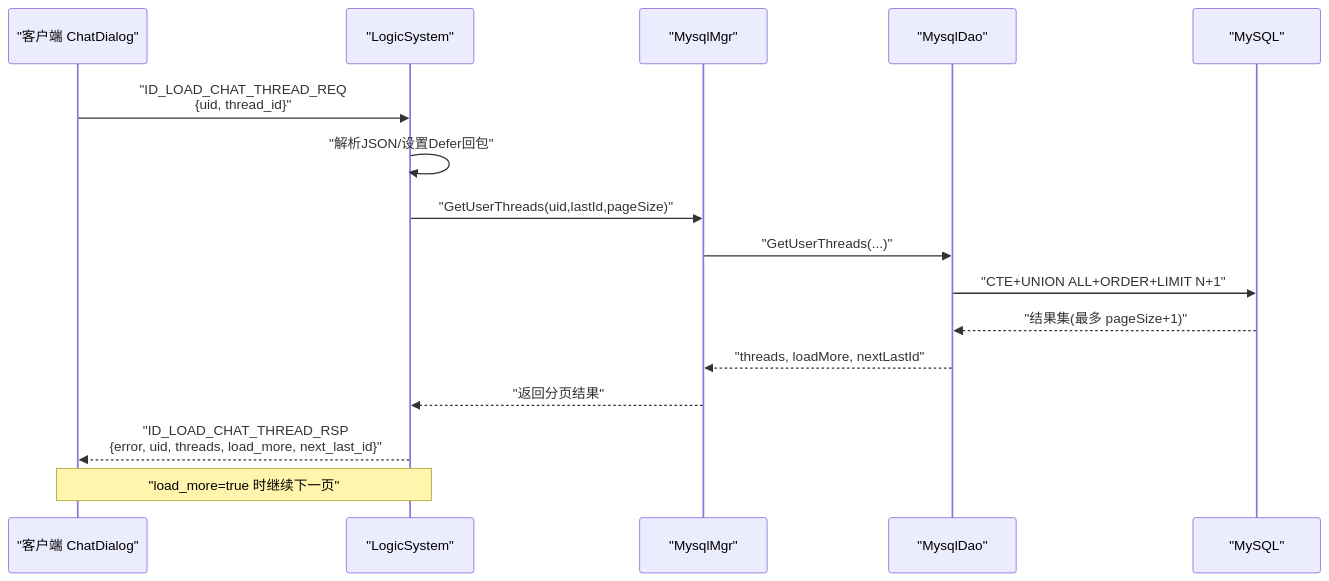
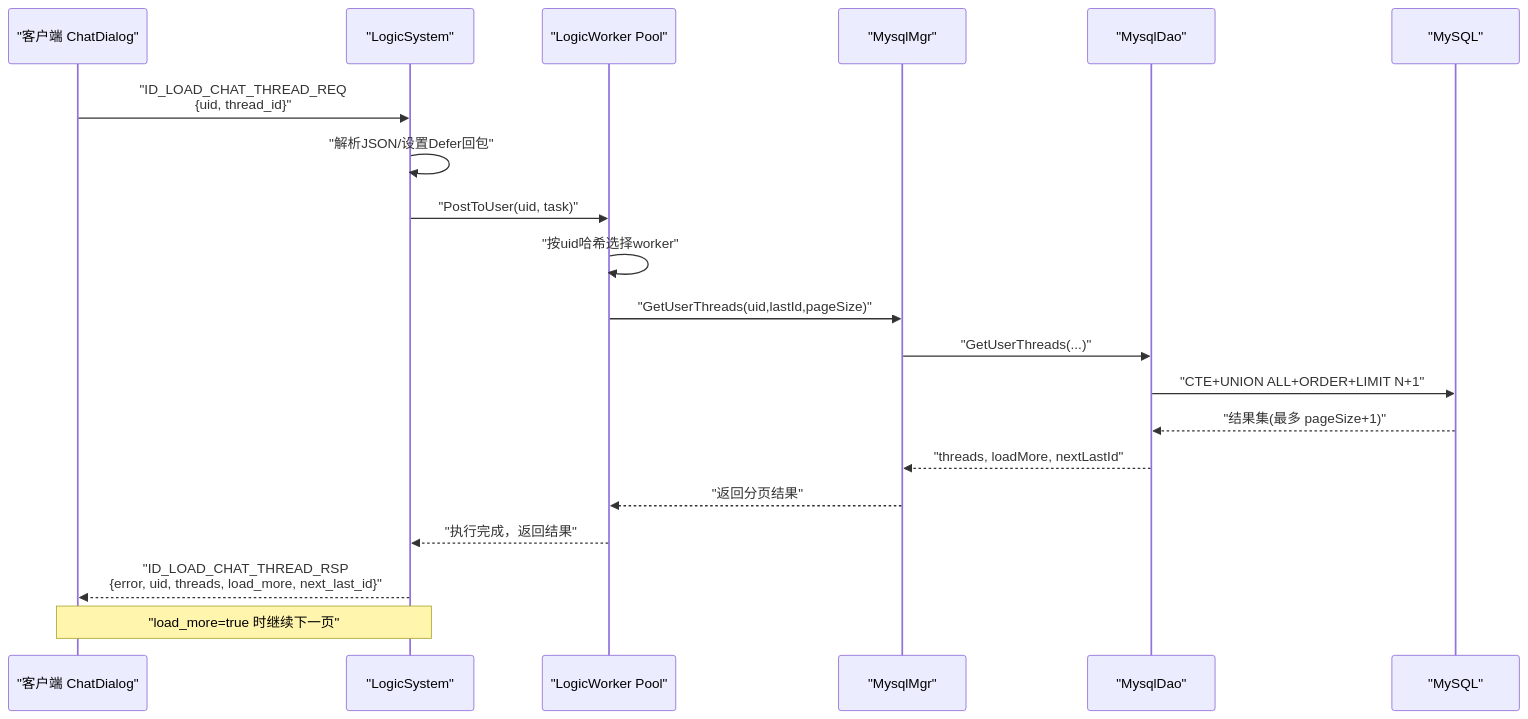
Before and after one commit to echo9923/mychatter: the second of 9 diagrams in .qoder/repowiki/zh/content/服务端开发/ChatServer聊天核心服务/业务逻辑系统/线程管理.md, drawn with Mermaid. The commit also changed other lines of this file and 54 other files, not shown here.

````diff
--- a/.qoder/repowiki/zh/content/服务端开发/ChatServer聊天核心服务/业务逻辑系统/线程管理.md
+++ b/.qoder/repowiki/zh/content/服务端开发/ChatServer聊天核心服务/业务逻辑系统/线程管理.md
@@ -104,18 +132,22 @@
 ```mermaid
 sequenceDiagram
 participant Client as "客户端 ChatDialog"
 participant Server as "LogicSystem"
+participant Worker as "LogicWorker Pool"
 participant Mgr as "MysqlMgr"
 participant Dao as "MysqlDao"
 participant DB as "MySQL"
 Client->>Server : "ID_LOAD_CHAT_THREAD_REQ<br/>{uid, thread_id}"
 Server->>Server : "解析JSON/设置Defer回包"
-Server->>Mgr : "GetUserThreads(uid,lastId,pageSize)"
+Server->>Worker : "PostToUser(uid, task)"
+Worker->>Worker : "按uid哈希选择worker"
+Worker->>Mgr : "GetUserThreads(uid,lastId,pageSize)"
 Mgr->>Dao : "GetUserThreads(...)"
 Dao->>DB : "CTE+UNION ALL+ORDER+LIMIT N+1"
 DB-->>Dao : "结果集(最多 pageSize+1)"
 Dao-->>Mgr : "threads, loadMore, nextLastId"
-Mgr-->>Server : "返回分页结果"
+Mgr-->>Worker : "返回分页结果"
+Worker-->>Server : "执行完成，返回结果"
 Server-->>Client : "ID_LOAD_CHAT_THREAD_RSP<br/>{error, uid, threads, load_more, next_last_id}"
 Note over Client,Server : "load_more=true 时继续下一页"
 ```
````
